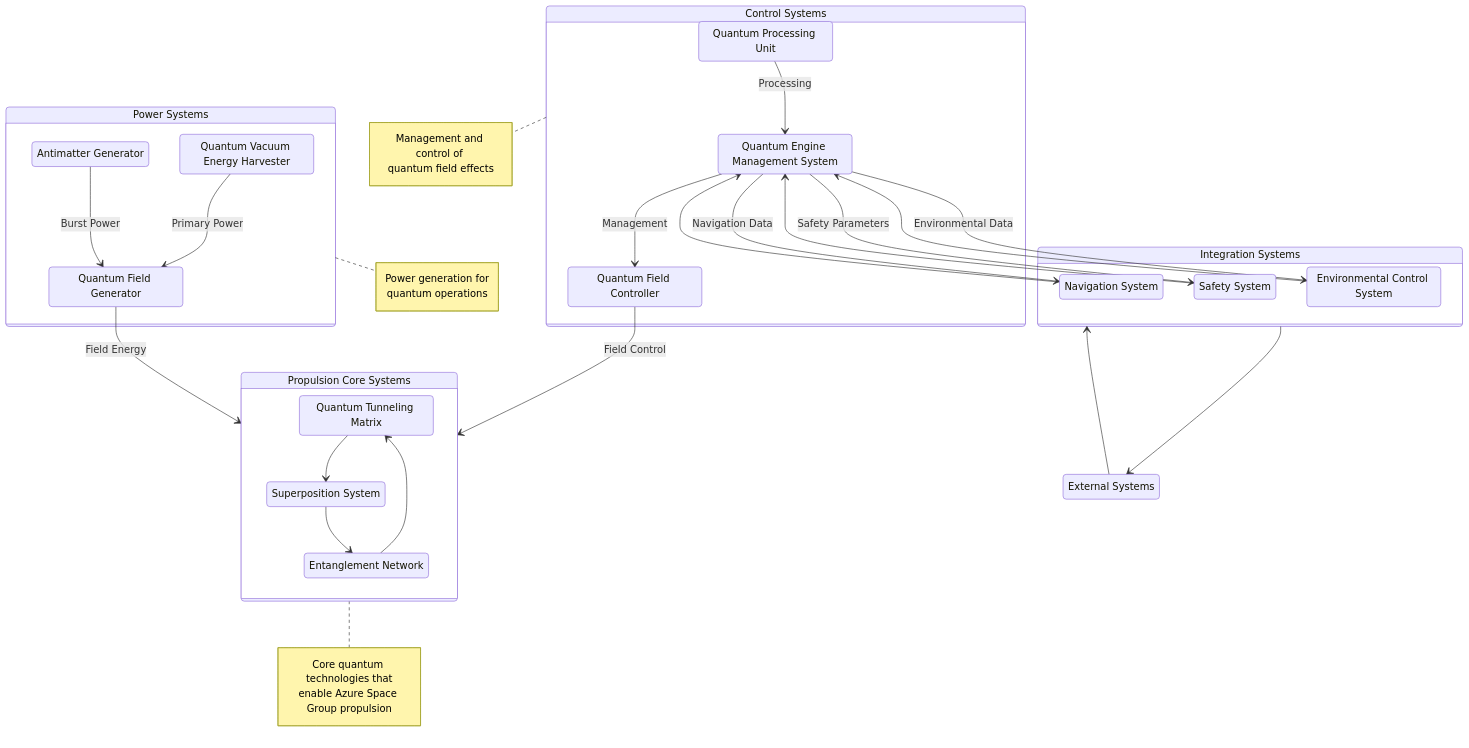
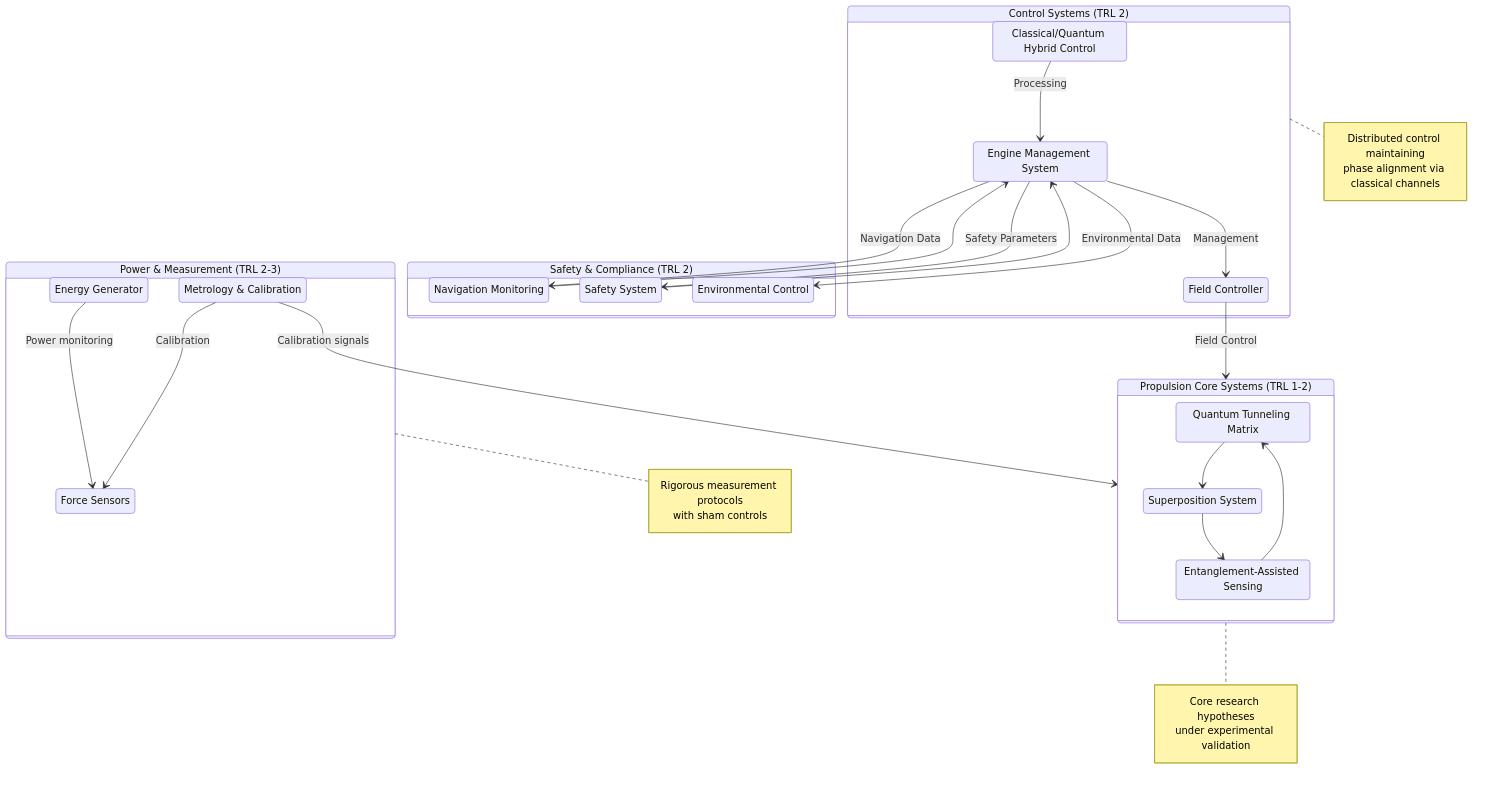
Before and after one commit to szemkoff/azurespacegroup: the diagram in docs/core-documentation/core-technology.md, drawn with Mermaid. The commit also changed other lines of this file, not shown here.

Commit message:
Refactor Core Technology page with scientific rigor: fix FTL entanglement claim, realistic quantum specs, add TRL levels, measurement protocols, sham controls, risk register, and compliance notes

````diff
--- a/docs/core-documentation/core-technology.md
+++ b/docs/core-documentation/core-technology.md
@@ -11,67 +25,62 @@
 ```mermaid
 stateDiagram-v2
     direction TB
     
-    state "Propulsion Core Systems" as PCS {
+    state "Propulsion Core Systems (TRL 1-2)" as PCS {
         QTM: Quantum Tunneling Matrix
         SPS: Superposition System
-        ENM: Entanglement Network
+        ENM: Entanglement-Assisted Sensing
         
         QTM --> SPS
         SPS --> ENM
         ENM --> QTM
     }
     
-    state "Control Systems" as CS {
-        QPU: Quantum Processing Unit
-        QEMS: Quantum Engine Management System
-        QFC: Quantum Field Controller
+    state "Control Systems (TRL 2)" as CS {
+        QPU: Classical/Quantum Hybrid Control
+        QEMS: Engine Management System
+        QFC: Field Controller
         
         QPU --> QEMS: Processing
         QEMS --> QFC: Management
     }
     
-    state "Power Systems" as PS {
-        QVE: Quantum Vacuum Energy Harvester
-        AMG: Antimatter Generator
-        QFG: Quantum Field Generator
+    state "Power & Measurement (TRL 2-3)" as PS {
+        EG: Energy Generator
+        MM: Metrology & Calibration
+        FS: Force Sensors
         
-        QVE --> QFG: Primary Power
-        AMG --> QFG: Burst Power
+        EG --> FS: Power monitoring
+        MM --> FS: Calibration
     }
     
-    state "Integration Systems" as IS {
-        NAS: Navigation System
+    state "Safety & Compliance (TRL 2)" as SS {
+        NAS: Navigation Monitoring
         SAS: Safety System
-        ECS: Environmental Control System
+        ECS: Environmental Control
     }
     
     QFC --> PCS: Field Control
-    QFG --> PCS: Field Energy
+    MM --> PCS: Calibration signals
     
     QEMS --> NAS: Navigation Data
     NAS --> QEMS
     QEMS --> SAS: Safety Parameters
     SAS --> QEMS
     QEMS --> ECS: Environmental Data
-    ECS --> QEMS
-    
-    state "External Systems" as EXT
-    EXT --> IS
-    IS --> EXT
     
     note right of PCS
-        Core quantum technologies that
-        enable Azure Space Group propulsion
+        Core research hypotheses
+        under experimental validation
     end note
     
     note right of CS
-        Management and control of 
-        quantum field effects
+        Distributed control maintaining
+        phase alignment via classical channels
     end note
     
     note right of PS
-        Power generation for
-        quantum operations
+        Rigorous measurement protocols
+        with sham controls
     end note
 ```
````
